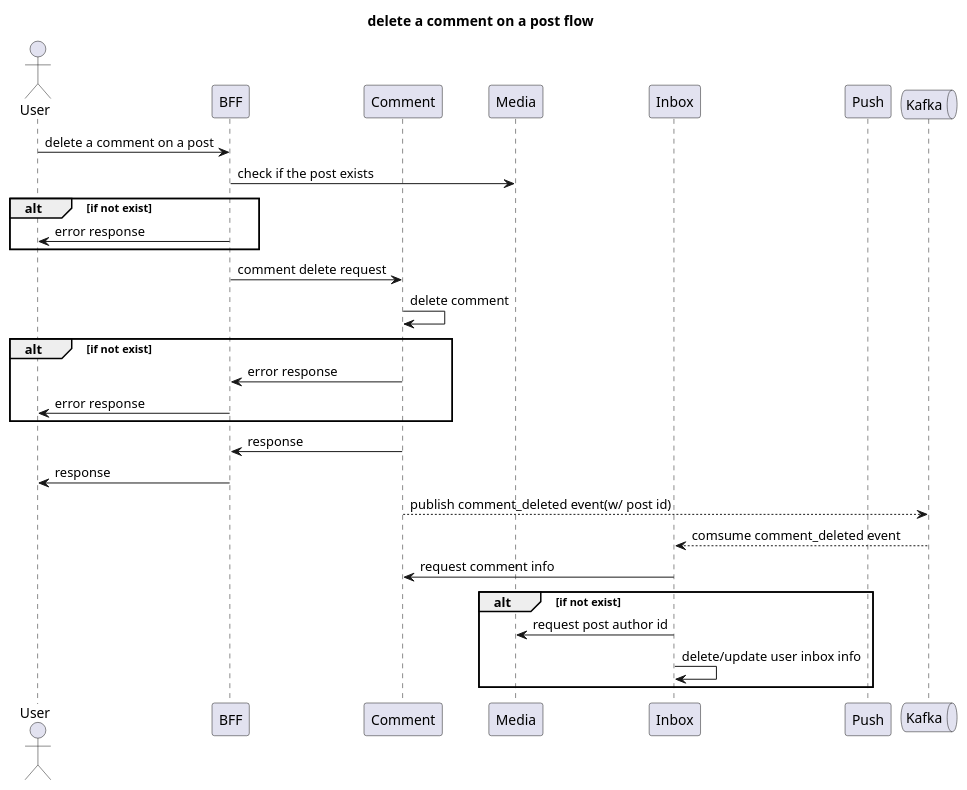
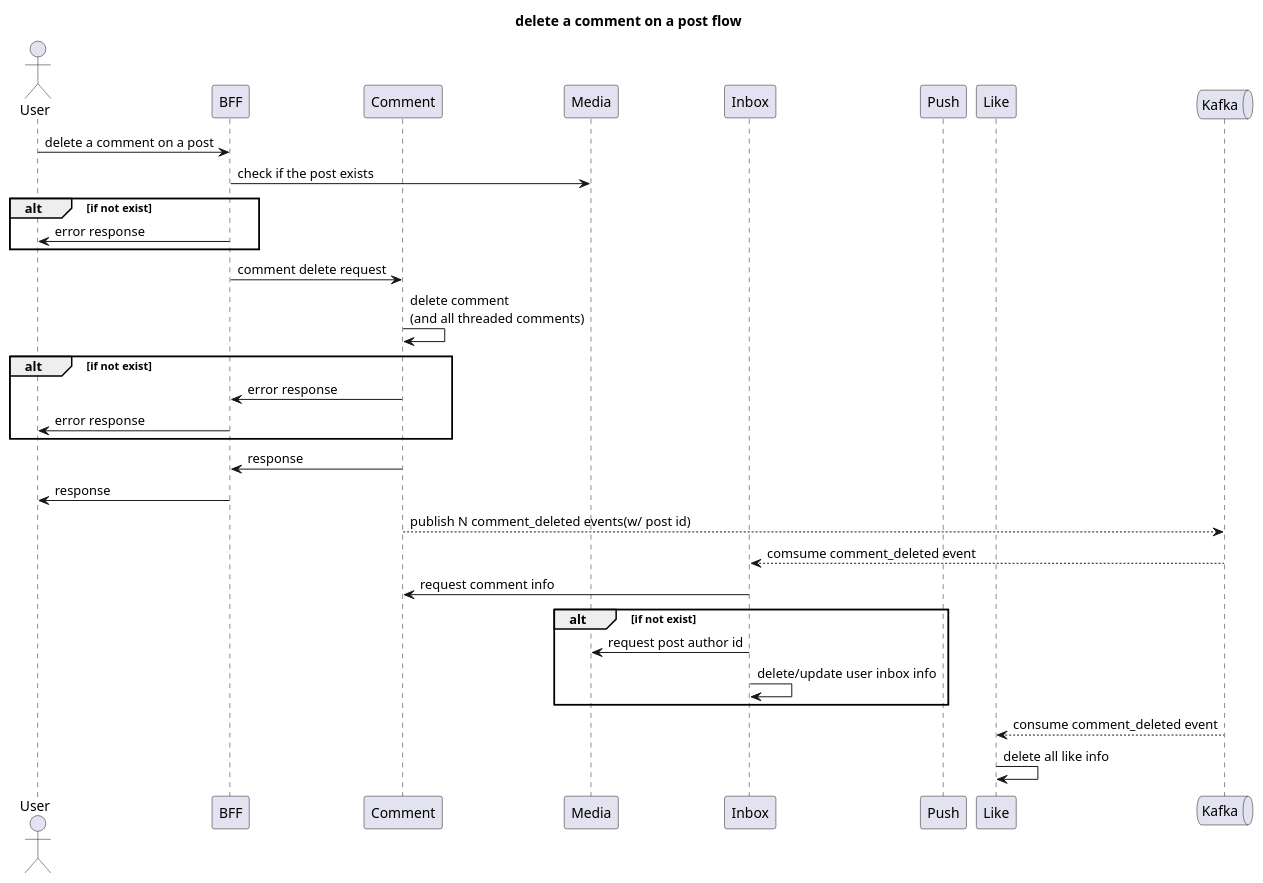
The diagram in uml/sequence/comment/delete-comment-on-post-flow.puml (sgc109/msa-spring-instagram), drawn with PlantUML before and after one commit. The commit also changed 2 other files, not shown here.

```diff
--- a/uml/sequence/comment/delete-comment-on-post-flow.puml
+++ b/uml/sequence/comment/delete-comment-on-post-flow.puml
@@ -1,32 +1,35 @@
 @startuml
 title "delete a comment on a post flow"
 
 actor User as user
 participant BFF as bff
 participant Comment as comment
 participant Media as media
 participant Inbox as inbox
 participant Push as push
+participant Like as like
 queue Kafka as kafka
 
 user -> bff: delete a comment on a post
 bff -> media: check if the post exists
 alt if not exist
 user <- bff: error response
 end
 bff -> comment: comment delete request
-comment -> comment: delete comment
+comment -> comment: delete comment\n(and all threaded comments)
 alt if not exist
 bff <- comment: error response
 user <- bff: error response
 end
 bff <- comment: response
 user <- bff: response
-comment --> kafka: publish comment_deleted event(w/ post id)
+comment --> kafka: publish N comment_deleted events(w/ post id)
 kafka --> inbox: comsume comment_deleted event
 inbox -> comment: request comment info
 alt if not exist
 inbox -> media: request post author id
 inbox -> inbox: delete/update user inbox info
 end
+like <-- kafka: consume comment_deleted event
+like -> like: delete all like info
 @enduml
```
